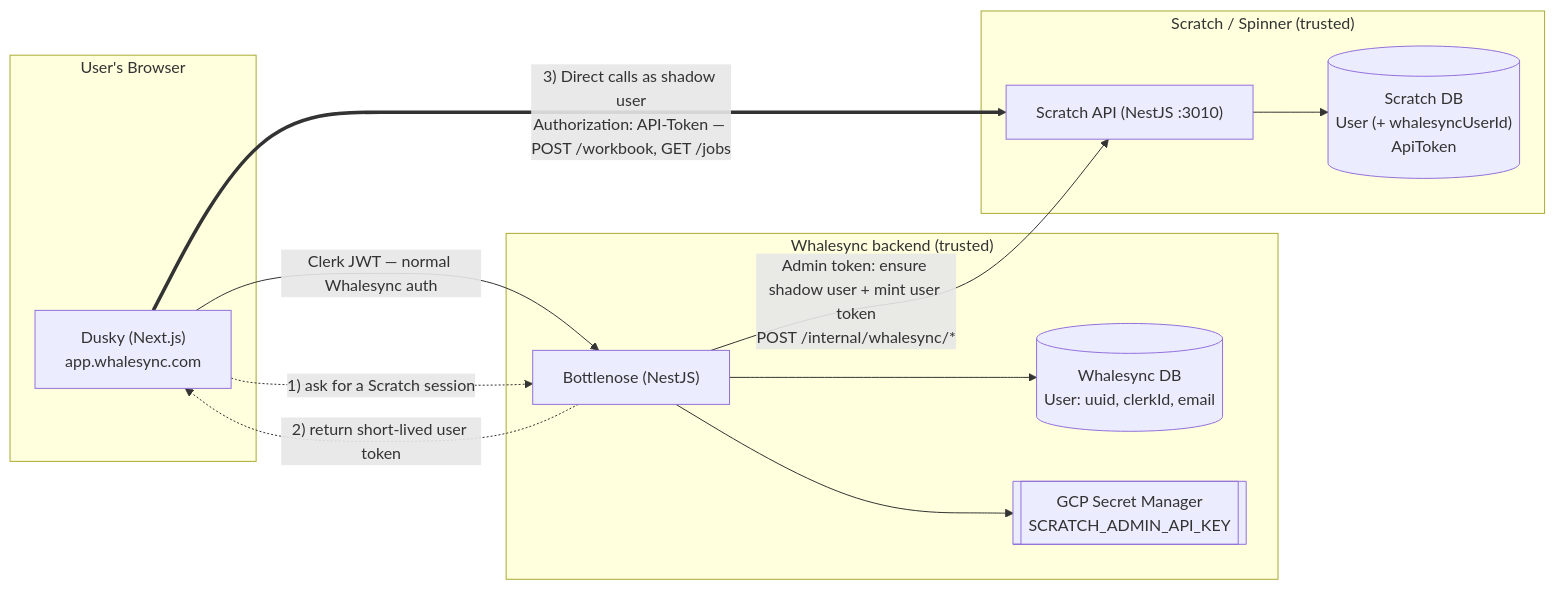
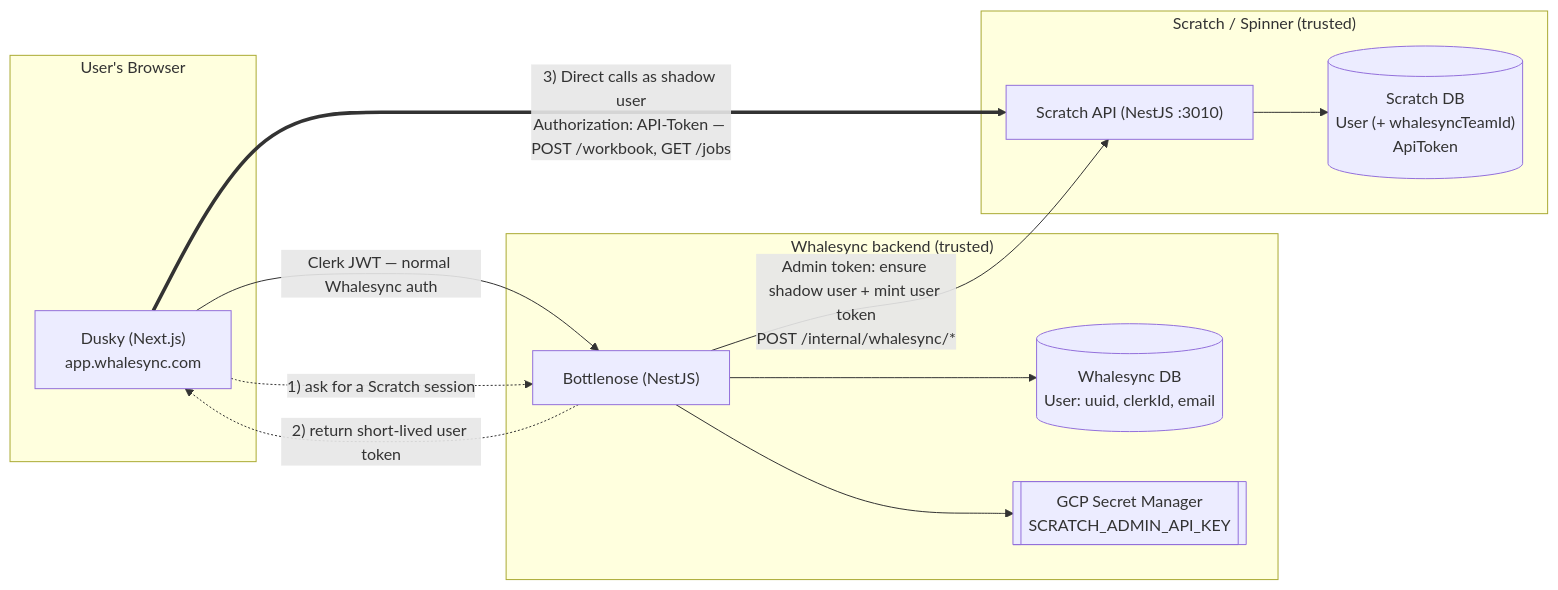
One commit to whalesync/scratch-cli-test changed the second of 6 diagrams in docs/whalesync-scratch-api-access.md. Above: the diagram before and after it, drawn with Mermaid. The commit also changed other lines of this file and 56 other files, not shown here.

First line of the commit message:
[server] Scratch stops knowing Whalesync people

````diff
--- a/docs/whalesync-scratch-api-access.md
+++ b/docs/whalesync-scratch-api-access.md
@@ -72,27 +72,27 @@
 ```mermaid
 flowchart LR
   subgraph Browser["User's Browser"]
     Dusky["Dusky (Next.js)<br/>app.whalesync.com"]
   end
 
   subgraph WS["Whalesync backend (trusted)"]
     Bottlenose["Bottlenose (NestJS)"]
     WSDB[("Whalesync DB<br/>User: uuid, clerkId, email")]
     Secrets[["GCP Secret Manager<br/>SCRATCH_ADMIN_API_KEY"]]
   end
 
   subgraph SC["Scratch / Spinner (trusted)"]
     ScratchAPI["Scratch API (NestJS :3010)"]
-    SCDB[("Scratch DB<br/>User (+ whalesyncUserId)<br/>ApiToken")]
+    SCDB[("Scratch DB<br/>User (+ whalesyncTeamId)<br/>ApiToken")]
   end
 
   Dusky -- "Clerk JWT — normal Whalesync auth" --> Bottlenose
   Dusky -. "1) ask for a Scratch session" .-> Bottlenose
   Bottlenose -- "Admin token: ensure shadow user + mint user token<br/>POST /internal/whalesync/*" --> ScratchAPI
   Bottlenose -. "2) return short-lived user token" .-> Dusky
   Dusky == "3) Direct calls as shadow user<br/>Authorization: API-Token — POST /workbook, GET /jobs" ==> ScratchAPI
 
   Bottlenose --> WSDB
   Bottlenose --> Secrets
   ScratchAPI --> SCDB
 ```
````
